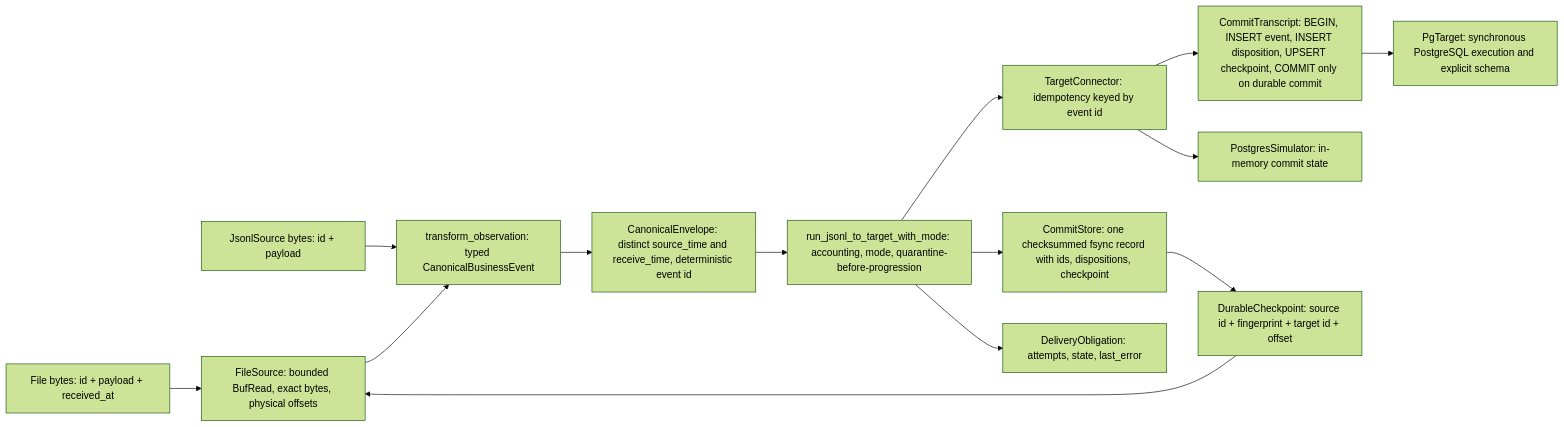
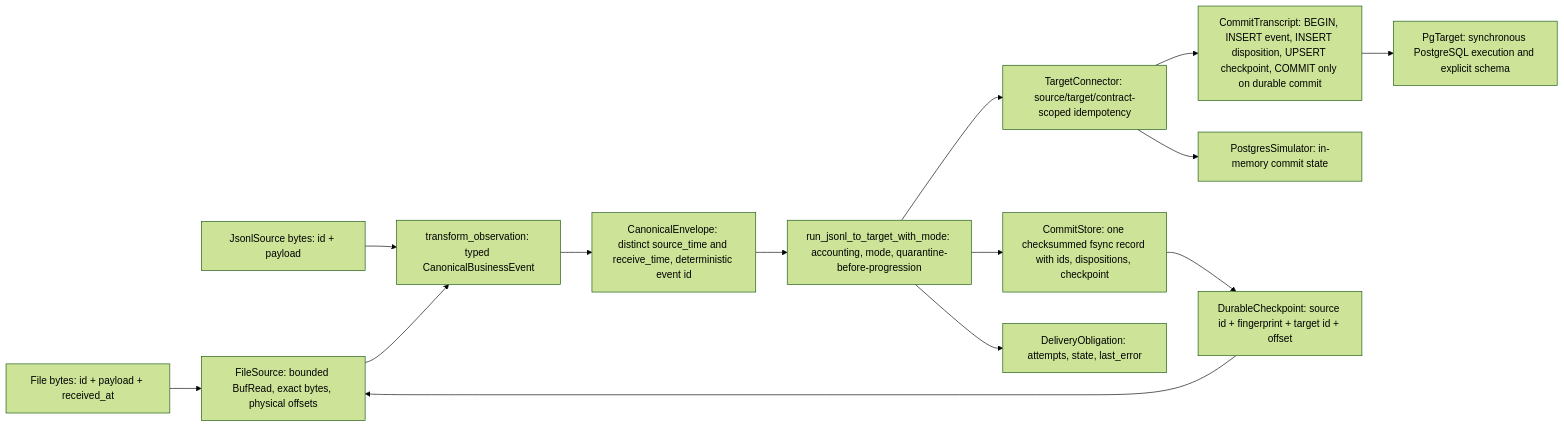
The diagram in docs/jsonl-postgres-reference.md (siebengestirn/fieldbook), drawn with Mermaid (forest theme) before and after one commit. The commit also changed other lines of this file and 7 other files, not shown here.

````diff
--- a/docs/jsonl-postgres-reference.md
+++ b/docs/jsonl-postgres-reference.md
@@ -45,16 +55,16 @@
 ```mermaid
 flowchart LR
     FILE[File bytes: id + payload + received_at] --> SRC[FileSource: bounded BufRead, exact bytes, physical offsets]
     MEM[JsonlSource bytes: id + payload] --> TX[transform_observation: typed CanonicalBusinessEvent]
     SRC --> TX
     TX --> ENV[CanonicalEnvelope: distinct source_time and receive_time, deterministic event id]
     ENV --> RUNNER[run_jsonl_to_target_with_mode: accounting, mode, quarantine-before-progression]
-    RUNNER --> TARGET[TargetConnector: idempotency keyed by event id]
+    RUNNER --> TARGET[TargetConnector: source/target/contract-scoped idempotency]
     TARGET --> SQL[CommitTranscript: BEGIN, INSERT event, INSERT disposition, UPSERT checkpoint, COMMIT only on durable commit]
     SQL --> PG[PgTarget: synchronous PostgreSQL execution and explicit schema]
     TARGET --> SIM[PostgresSimulator: in-memory commit state]
     RUNNER --> STORE[CommitStore: one checksummed fsync record with ids, dispositions, checkpoint]
     STORE --> ANCHOR[DurableCheckpoint: source id + fingerprint + target id + offset]
     ANCHOR --> SRC
     RUNNER --> OBL[DeliveryObligation: attempts, state, last_error]
 ```
````
